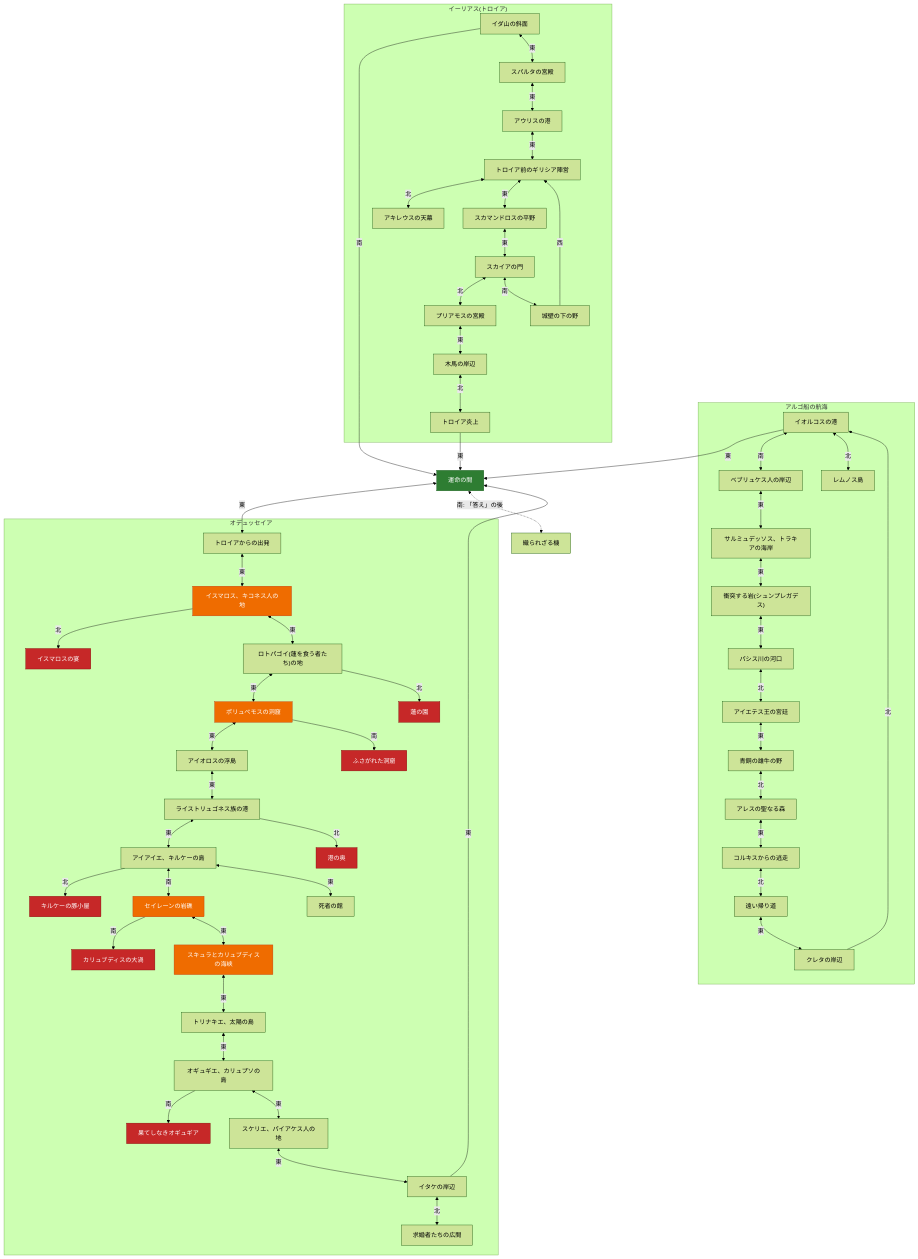
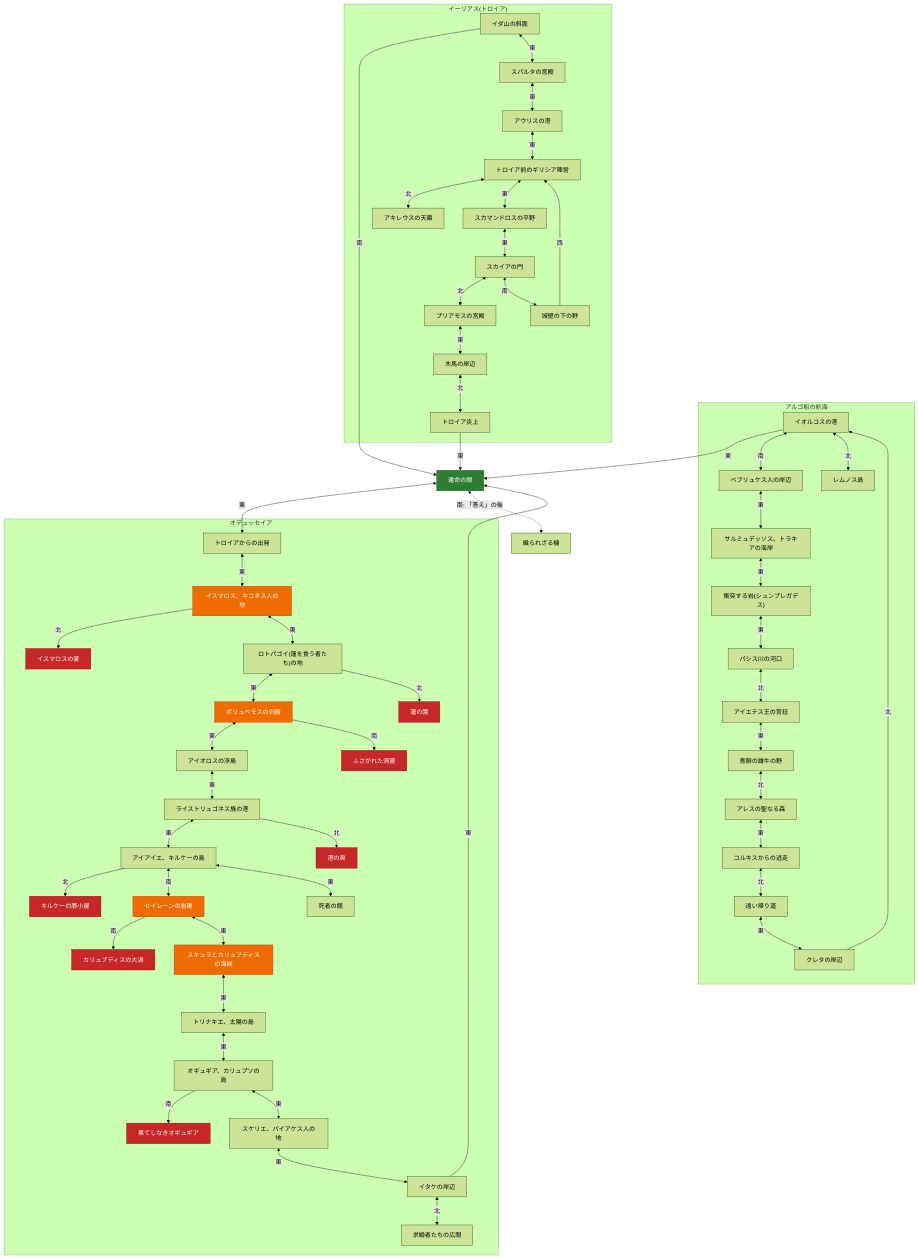
The second of 2 diagrams in README.md (anju0618/The_Answer_Protocol), drawn with Mermaid (forest theme) before and after one commit. The commit also changed other lines of this file and 9 other files, not shown here.

```diff
--- a/README.md
+++ b/README.md
@@ -478,7 +462,7 @@
     ody_scylla["スキュラとカリュブディスの海峡"]
     ody_charybdis["カリュブディスの大渦"]
     ody_thrinacia["トリナキエ、太陽の島"]
-    ody_calypso["オギュギエ、カリュプソの島"]
+    ody_calypso["オギュギア、カリュプソの島"]
     ody_phaeacia["スケリエ、パイアケス人の地"]
     ody_ithaca_shore["イタケの岸辺"]
     ody_palace["求婚者たちの広間"]
```
